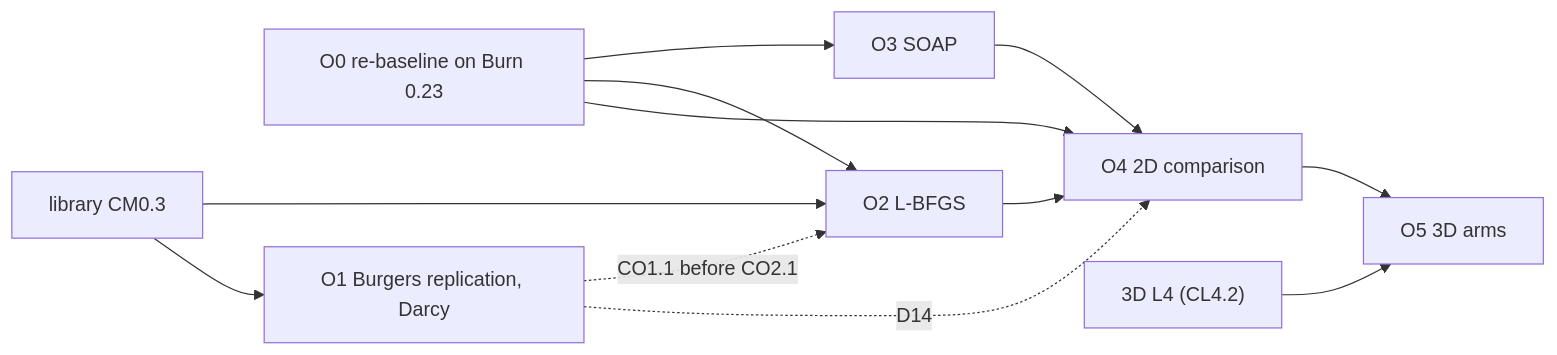
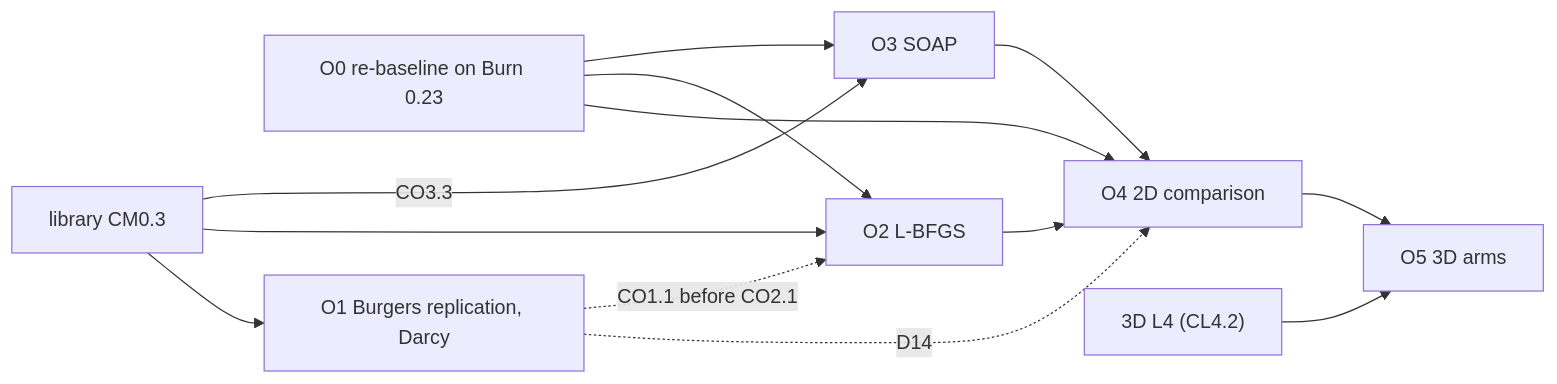
One commit to AHA-HH/sciml-rs changed the diagram in docs/design/optimisers.md. Above: the diagram before and after it, drawn with Mermaid. The commit also changed other lines of this file and 2 other files, not shown here.

````diff
--- a/docs/design/optimisers.md
+++ b/docs/design/optimisers.md
@@ -380,14 +381,15 @@
 ```mermaid
 flowchart LR
   O0["O0 re-baseline on Burn 0.23"] --> O4
   O0 --> O2
   O0 --> O3
   O1["O1 Burgers replication, Darcy"] -.->|D14| O4
   O2["O2 L-BFGS"] --> O4["O4 2D comparison"]
   O3["O3 SOAP"] --> O4
   O4 --> O5["O5 3D arms"]
   L4["3D L4 (CL4.2)"] --> O5
   M03["library CM0.3"] --> O1
   M03 --> O2
+  M03 -->|CO3.3| O3
   O1 -.->|CO1.1 before CO2.1| O2
 ```
````
